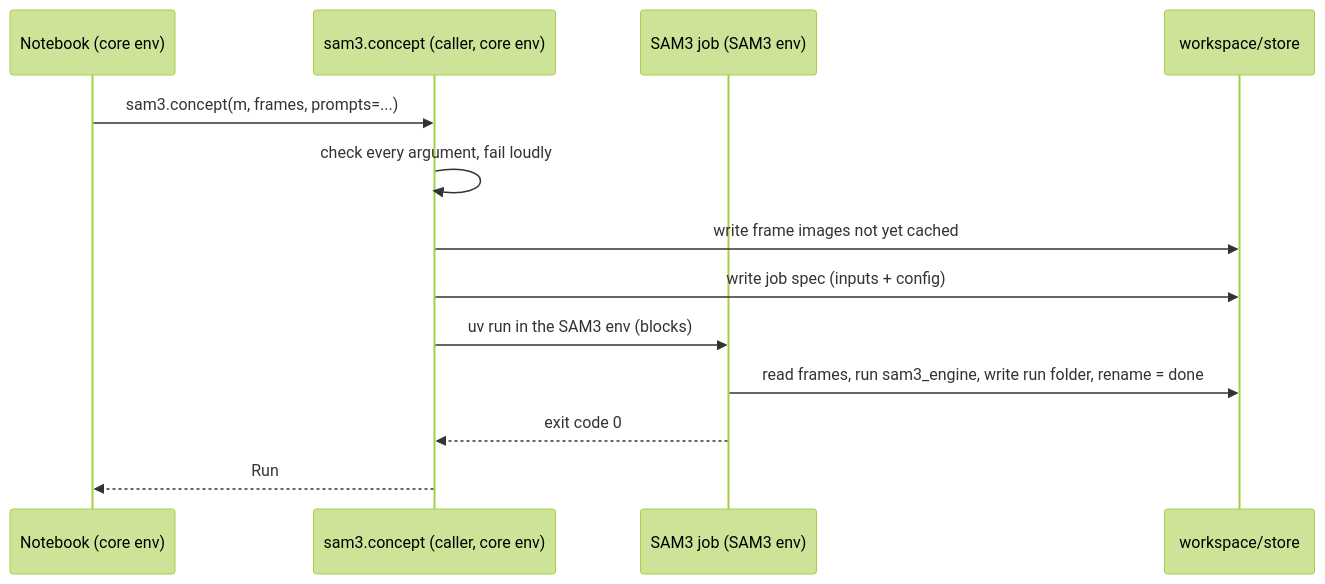
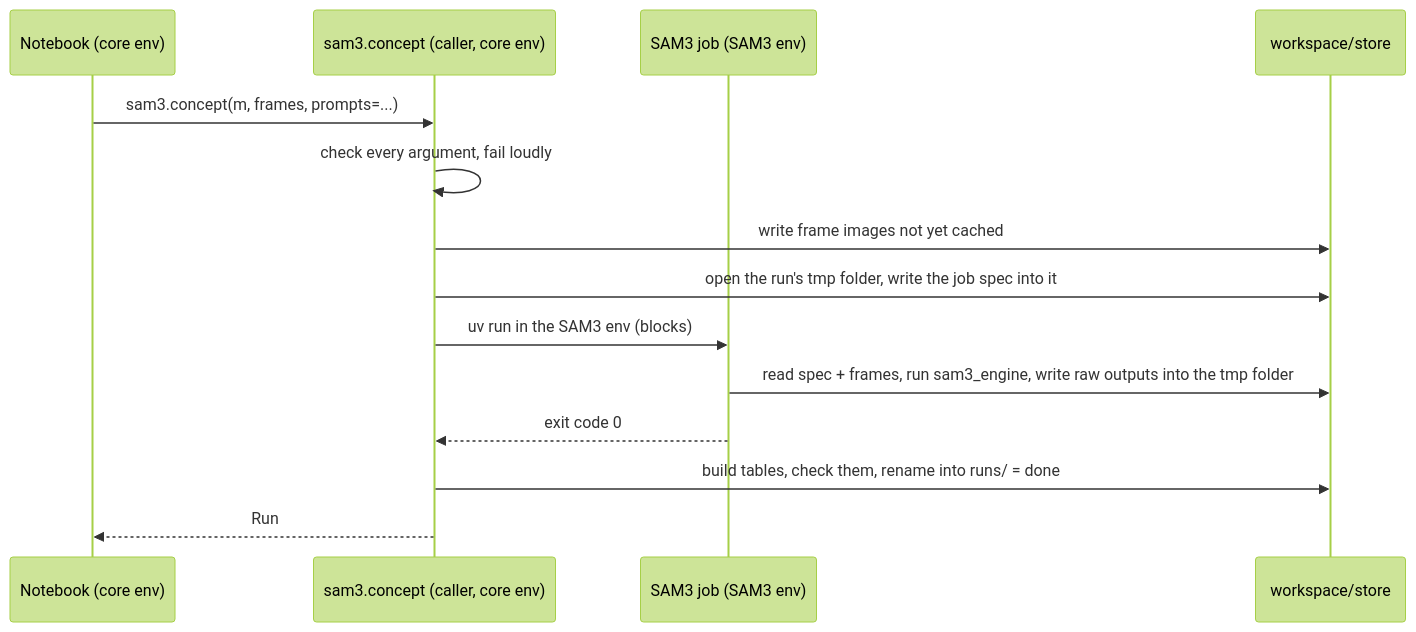
The second of 2 diagrams in dev/notes/usage.md (cupcakes04/Rin), drawn with Mermaid (forest theme) before and after one commit. The commit also changed other lines of this file and 38 other files, not shown here.

````diff
--- a/dev/notes/usage.md
+++ b/dev/notes/usage.md
@@ -41,15 +41,16 @@
 ```mermaid
 sequenceDiagram
     participant NB as Notebook (core env)
     participant C as sam3.concept (caller, core env)
     participant J as SAM3 job (SAM3 env)
     participant D as workspace/store
     NB->>C: sam3.concept(m, frames, prompts=...)
     C->>C: check every argument, fail loudly
     C->>D: write frame images not yet cached
-    C->>D: write job spec (inputs + config)
+    C->>D: open the run's tmp folder, write the job spec into it
     C->>J: uv run in the SAM3 env (blocks)
-    J->>D: read frames, run sam3_engine, write run folder, rename = done
+    J->>D: read spec + frames, run sam3_engine, write raw outputs into the tmp folder
     J-->>C: exit code 0
+    C->>D: build tables, check them, rename into runs/ = done
     C-->>NB: Run
 ```
````
